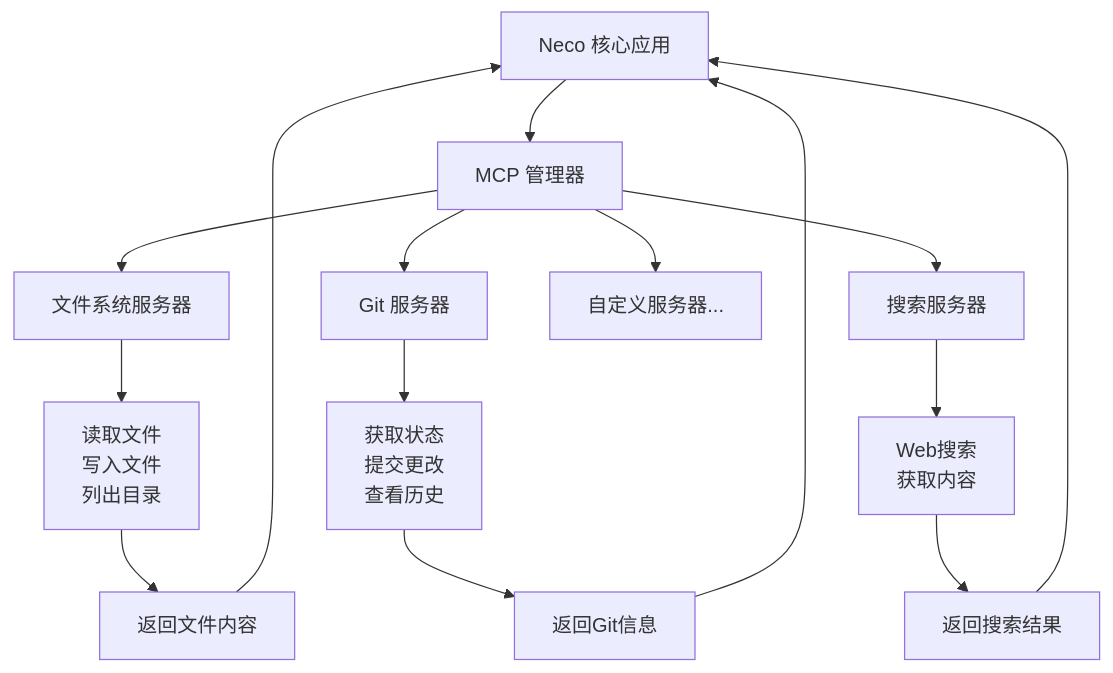
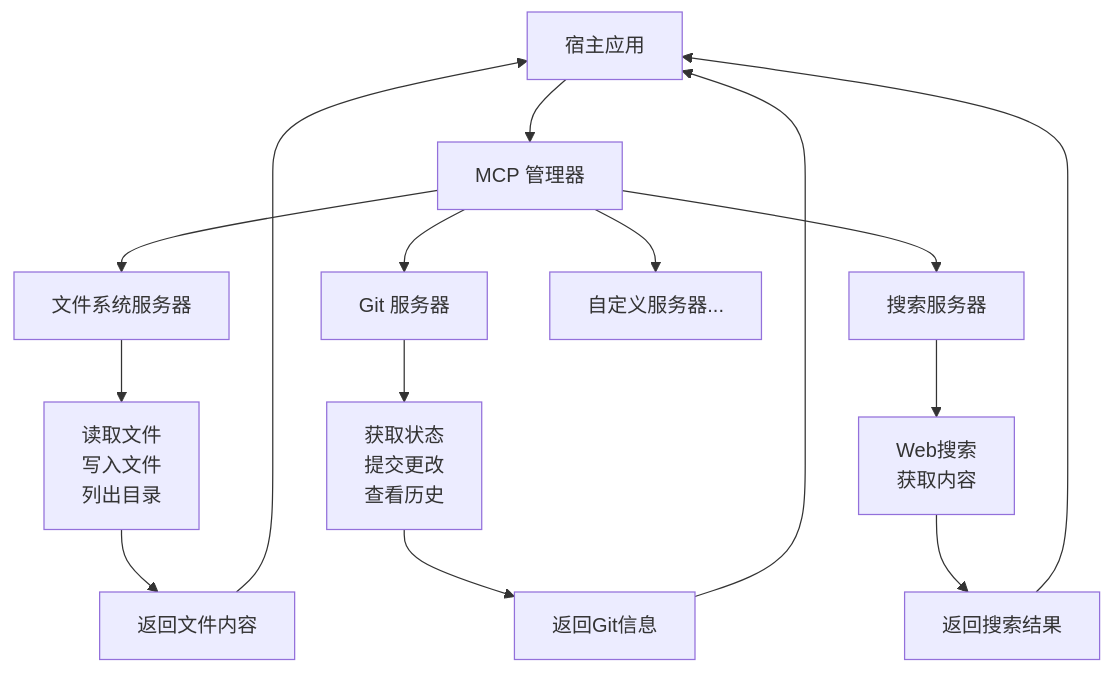
The fourth of 10 diagrams in progress/external-mcp-interaction-flows.md (MiyakoMeow/neco), drawn with Mermaid before and after one commit. The commit also changed 7 other files, not shown here.

````diff
--- a/progress/external-mcp-interaction-flows.md
+++ b/progress/external-mcp-interaction-flows.md
@@ -97,21 +97,21 @@
 ```mermaid
 graph TB
-    Neco[Neco 核心应用] --> MCPManager[MCP 管理器]
+    Host[宿主应用] --> MCPManager[MCP 管理器]
 
     MCPManager --> Server1[文件系统服务器]
     MCPManager --> Server2[Git 服务器]
     MCPManager --> Server3[搜索服务器]
     MCPManager --> ServerN[自定义服务器...]
 
     Server1 --> Tools1[读取文件<br/>写入文件<br/>列出目录]
     Server2 --> Tools2[获取状态<br/>提交更改<br/>查看历史]
     Server3 --> Tools3[Web搜索<br/>获取内容]
 
     Tools1 --> Results1[返回文件内容]
     Tools2 --> Results2[返回Git信息]
     Tools3 --> Results3[返回搜索结果]
 
-    Results1 --> Neco
-    Results2 --> Neco
-    Results3 --> Neco
+    Results1 --> Host
+    Results2 --> Host
+    Results3 --> Host
 ```
````
